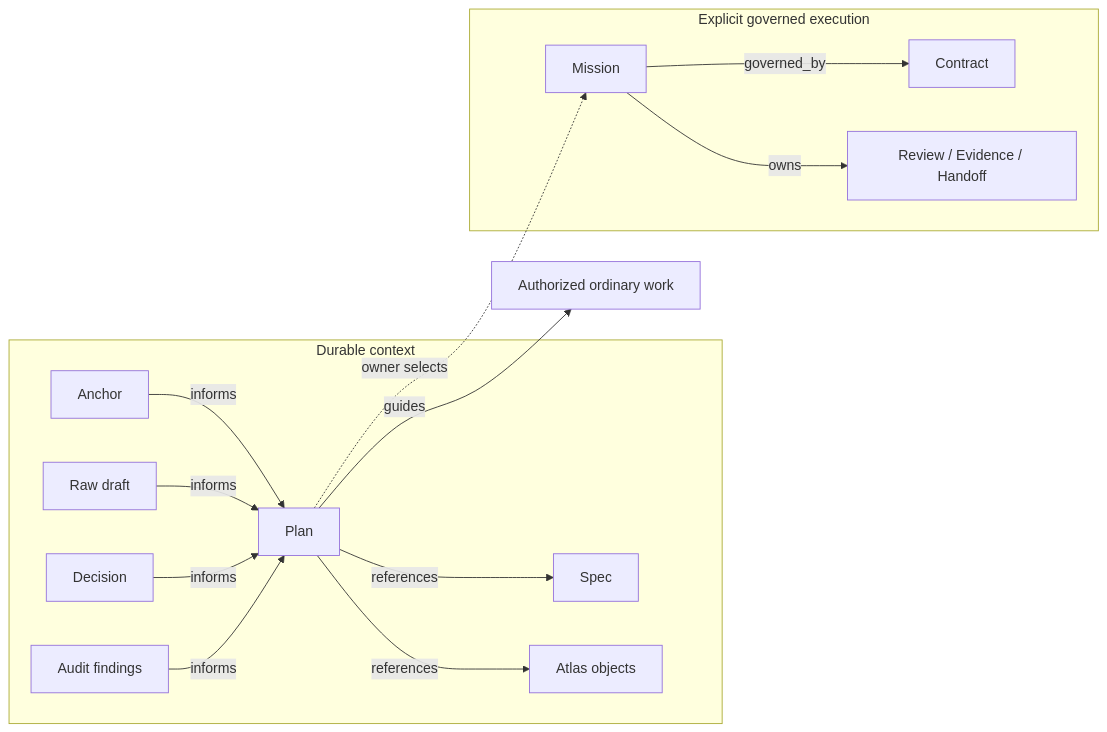
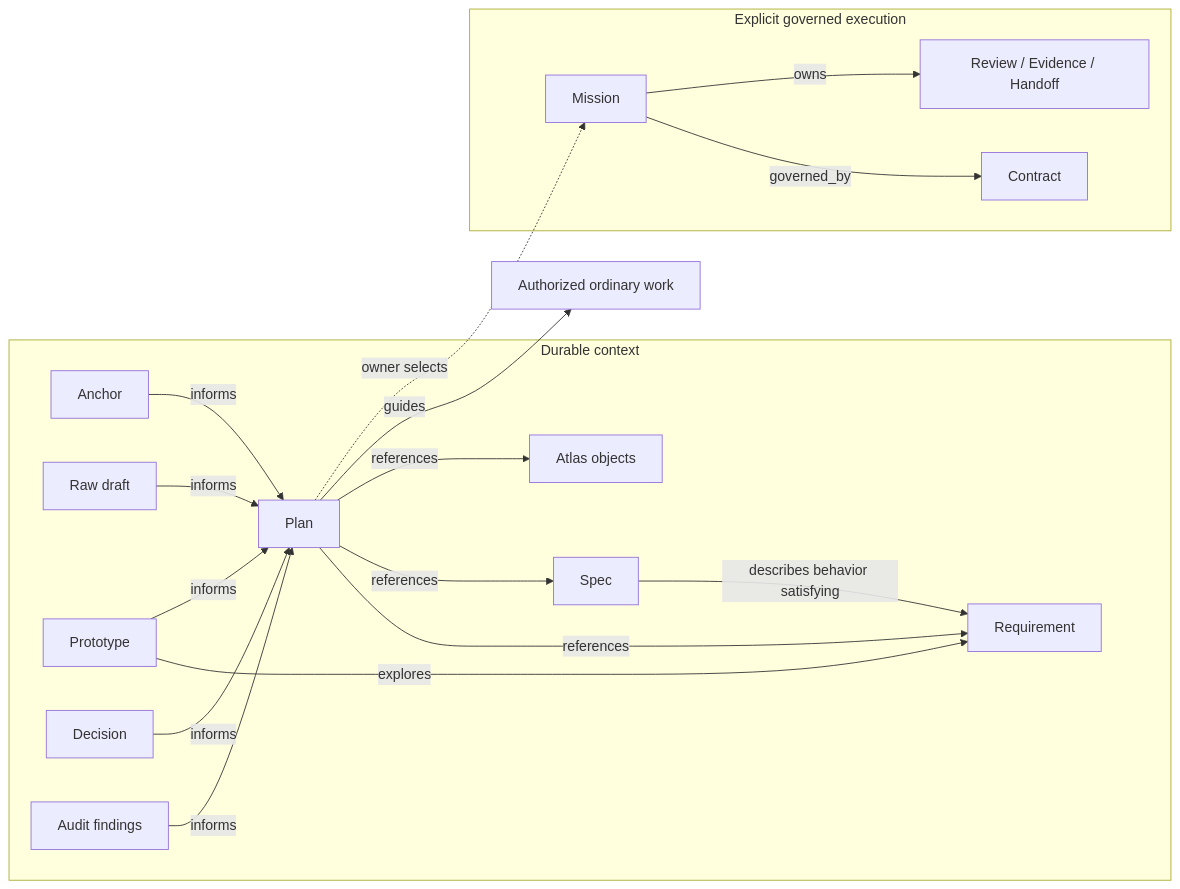
One commit to alexsmedile/spectacular changed the diagram in .spectacular/atlas/domain-overview.md. Above: the diagram before and after it, drawn with Mermaid. The commit also changed other lines of this file and 229 other files, not shown here.

````diff
--- a/.spectacular/atlas/domain-overview.md
+++ b/.spectacular/atlas/domain-overview.md
@@ -14,27 +14,33 @@
 ```mermaid
 flowchart LR
     subgraph Context[Durable context]
       Anchor[Anchor]
       Raw[Raw draft]
       Plan[Plan]
+      Requirement[Requirement]
       Spec[Spec]
+      Prototype[Prototype]
       Atlas[Atlas objects]
       Decision[Decision]
       Audit[Audit findings]
     end
     Anchor -->|informs| Plan
     Raw -->|informs| Plan
+    Plan -->|references| Requirement
+    Spec -->|describes behavior satisfying| Requirement
+    Prototype -->|explores| Requirement
+    Prototype -->|informs| Plan
     Plan -->|references| Spec
     Plan -->|references| Atlas
     Decision -->|informs| Plan
     Audit -->|informs| Plan
     Plan -->|guides| Work[Authorized ordinary work]
     subgraph Governed[Explicit governed execution]
       Contract[Contract]
       Mission[Mission]
       Proof[Review / Evidence / Handoff]
     end
     Plan -.->|owner selects| Mission
     Mission -->|governed_by| Contract
     Mission -->|owns| Proof
 ```
````
